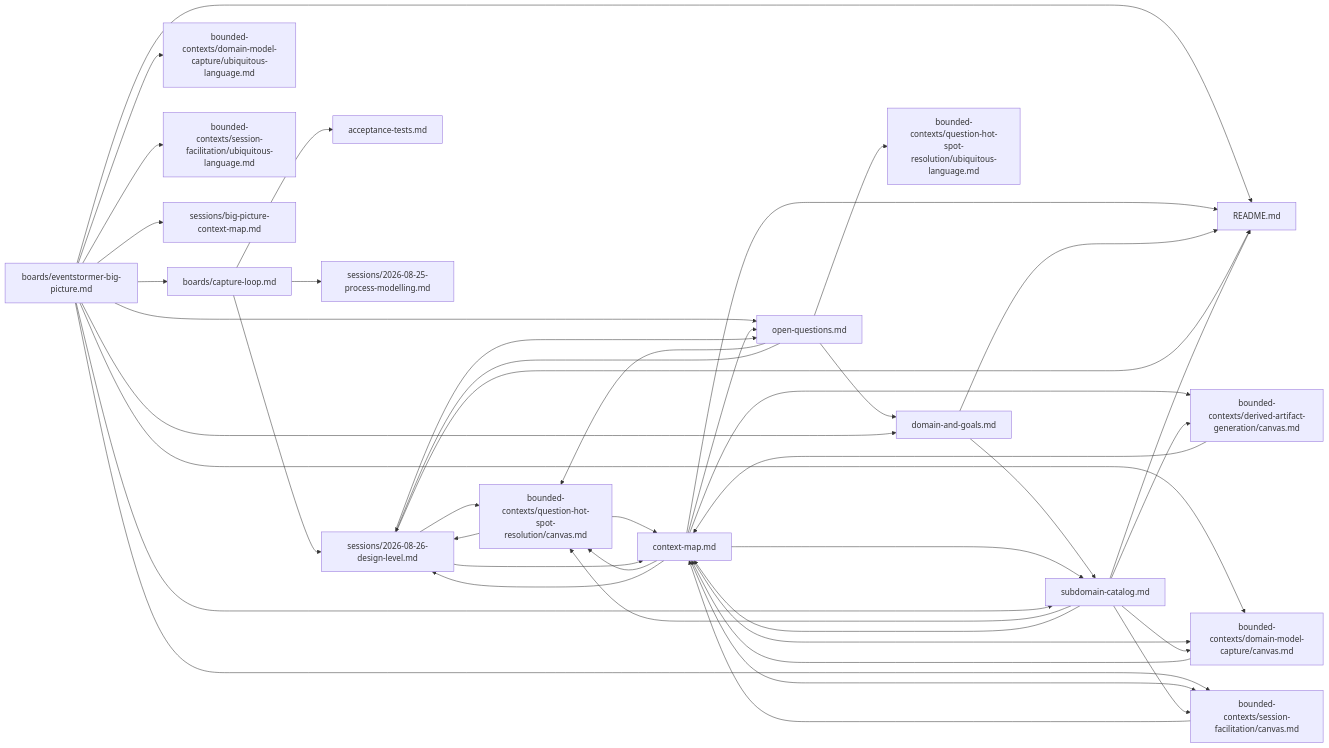
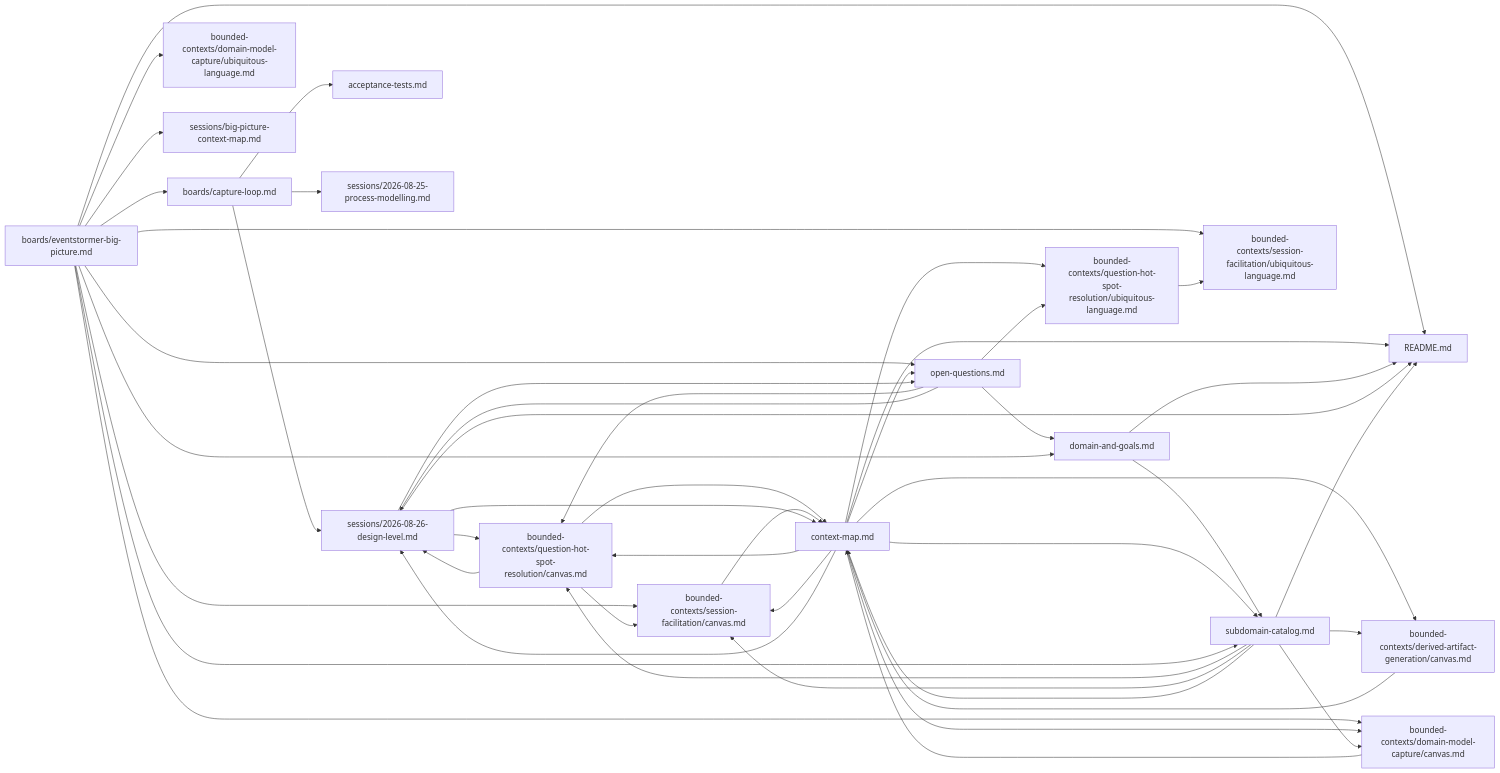
One commit to vinialbano/eventstormer changed the diagram in docs/domain/README.md. Above: the diagram before and after it, drawn with Mermaid. The commit also changed other lines of this file and 11 other files, not shown here.

First line of the commit message:
docs: adopt Question & Hot Spot Resolution seam-collapse into Session Facilitation

````diff
--- a/docs/domain/README.md
+++ b/docs/domain/README.md
@@ -151,45 +157,48 @@
 ```mermaid
 graph LR
   boards_eventstormer_big_picture_md["boards/eventstormer-big-picture.md"] --> README_md["README.md"]
   context_map_md["context-map.md"] --> README_md["README.md"]
   domain_and_goals_md["domain-and-goals.md"] --> README_md["README.md"]
   sessions_2026_08_26_design_level_md["sessions/2026-08-26-design-level.md"] --> README_md["README.md"]
   subdomain_catalog_md["subdomain-catalog.md"] --> README_md["README.md"]
   boards_capture_loop_md["boards/capture-loop.md"] --> acceptance_tests_md["acceptance-tests.md"]
   boards_eventstormer_big_picture_md["boards/eventstormer-big-picture.md"] --> boards_capture_loop_md["boards/capture-loop.md"]
   context_map_md["context-map.md"] --> bounded_contexts_derived_artifact_generation_canvas_md["bounded-contexts/derived-artifact-generation/canvas.md"]
   subdomain_catalog_md["subdomain-catalog.md"] --> bounded_contexts_derived_artifact_generation_canvas_md["bounded-contexts/derived-artifact-generation/canvas.md"]
   boards_eventstormer_big_picture_md["boards/eventstormer-big-picture.md"] --> bounded_contexts_domain_model_capture_canvas_md["bounded-contexts/domain-model-capture/canvas.md"]
   context_map_md["context-map.md"] --> bounded_contexts_domain_model_capture_canvas_md["bounded-contexts/domain-model-capture/canvas.md"]
   subdomain_catalog_md["subdomain-catalog.md"] --> bounded_contexts_domain_model_capture_canvas_md["bounded-contexts/domain-model-capture/canvas.md"]
   boards_eventstormer_big_picture_md["boards/eventstormer-big-picture.md"] --> bounded_contexts_domain_model_capture_ubiquitous_language_md["bounded-contexts/domain-model-capture/ubiquitous-language.md"]
   context_map_md["context-map.md"] --> bounded_contexts_question_hot_spot_resolution_canvas_md["bounded-contexts/question-hot-spot-resolution/canvas.md"]
   open_questions_md["open-questions.md"] --> bounded_contexts_question_hot_spot_resolution_canvas_md["bounded-contexts/question-hot-spot-resolution/canvas.md"]
   sessions_2026_08_26_design_level_md["sessions/2026-08-26-design-level.md"] --> bounded_contexts_question_hot_spot_resolution_canvas_md["bounded-contexts/question-hot-spot-resolution/canvas.md"]
   subdomain_catalog_md["subdomain-catalog.md"] --> bounded_contexts_question_hot_spot_resolution_canvas_md["bounded-contexts/question-hot-spot-resolution/canvas.md"]
+  context_map_md["context-map.md"] --> bounded_contexts_question_hot_spot_resolution_ubiquitous_language_md["bounded-contexts/question-hot-spot-resolution/ubiquitous-language.md"]
   open_questions_md["open-questions.md"] --> bounded_contexts_question_hot_spot_resolution_ubiquitous_language_md["bounded-contexts/question-hot-spot-resolution/ubiquitous-language.md"]
   boards_eventstormer_big_picture_md["boards/eventstormer-big-picture.md"] --> bounded_contexts_session_facilitation_canvas_md["bounded-contexts/session-facilitation/canvas.md"]
+  bounded_contexts_question_hot_spot_resolution_canvas_md["bounded-contexts/question-hot-spot-resolution/canvas.md"] --> bounded_contexts_session_facilitation_canvas_md["bounded-contexts/session-facilitation/canvas.md"]
   context_map_md["context-map.md"] --> bounded_contexts_session_facilitation_canvas_md["bounded-contexts/session-facilitation/canvas.md"]
   subdomain_catalog_md["subdomain-catalog.md"] --> bounded_contexts_session_facilitation_canvas_md["bounded-contexts/session-facilitation/canvas.md"]
   boards_eventstormer_big_picture_md["boards/eventstormer-big-picture.md"] --> bounded_contexts_session_facilitation_ubiquitous_language_md["bounded-contexts/session-facilitation/ubiquitous-language.md"]
+  bounded_contexts_question_hot_spot_resolution_ubiquitous_language_md["bounded-contexts/question-hot-spot-resolution/ubiquitous-language.md"] --> bounded_contexts_session_facilitation_ubiquitous_language_md["bounded-contexts/session-facilitation/ubiquitous-language.md"]
   bounded_contexts_derived_artifact_generation_canvas_md["bounded-contexts/derived-artifact-generation/canvas.md"] --> context_map_md["context-map.md"]
   bounded_contexts_domain_model_capture_canvas_md["bounded-contexts/domain-model-capture/canvas.md"] --> context_map_md["context-map.md"]
   bounded_contexts_question_hot_spot_resolution_canvas_md["bounded-contexts/question-hot-spot-resolution/canvas.md"] --> context_map_md["context-map.md"]
   bounded_contexts_session_facilitation_canvas_md["bounded-contexts/session-facilitation/canvas.md"] --> context_map_md["context-map.md"]
   sessions_2026_08_26_design_level_md["sessions/2026-08-26-design-level.md"] --> context_map_md["context-map.md"]
   subdomain_catalog_md["subdomain-catalog.md"] --> context_map_md["context-map.md"]
   open_questions_md["open-questions.md"] --> domain_and_goals_md["domain-and-goals.md"]
   boards_eventstormer_big_picture_md["boards/eventstormer-big-picture.md"] --> domain_and_goals_md["domain-and-goals.md"]
   boards_eventstormer_big_picture_md["boards/eventstormer-big-picture.md"] --> open_questions_md["open-questions.md"]
   context_map_md["context-map.md"] --> open_questions_md["open-questions.md"]
   sessions_2026_08_26_design_level_md["sessions/2026-08-26-design-level.md"] --> open_questions_md["open-questions.md"]
   boards_capture_loop_md["boards/capture-loop.md"] --> sessions_2026_08_25_process_modelling_md["sessions/2026-08-25-process-modelling.md"]
   boards_capture_loop_md["boards/capture-loop.md"] --> sessions_2026_08_26_design_level_md["sessions/2026-08-26-design-level.md"]
   bounded_contexts_question_hot_spot_resolution_canvas_md["bounded-contexts/question-hot-spot-resolution/canvas.md"] --> sessions_2026_08_26_design_level_md["sessions/2026-08-26-design-level.md"]
   context_map_md["context-map.md"] --> sessions_2026_08_26_design_level_md["sessions/2026-08-26-design-level.md"]
   open_questions_md["open-questions.md"] --> sessions_2026_08_26_design_level_md["sessions/2026-08-26-design-level.md"]
   boards_eventstormer_big_picture_md["boards/eventstormer-big-picture.md"] --> sessions_big_picture_context_map_md["sessions/big-picture-context-map.md"]
   domain_and_goals_md["domain-and-goals.md"] --> subdomain_catalog_md["subdomain-catalog.md"]
   context_map_md["context-map.md"] --> subdomain_catalog_md["subdomain-catalog.md"]
   boards_eventstormer_big_picture_md["boards/eventstormer-big-picture.md"] --> subdomain_catalog_md["subdomain-catalog.md"]
 ```
````
